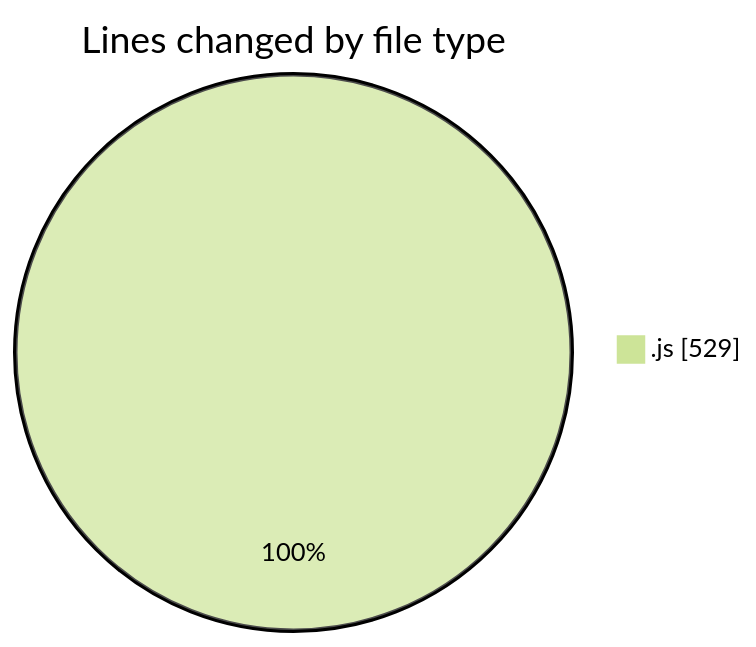
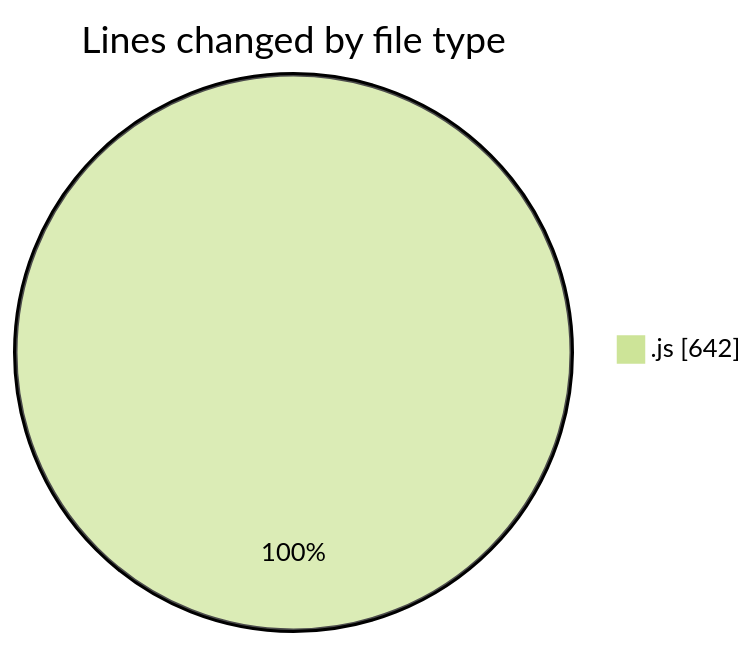
The first of 2 diagrams in 2025-06-19/nxtqube_webapp/README.md (nxtqubesakshisongat/code-tracking), drawn with Mermaid (forest theme) before and after one commit. The commit also changed other lines of this file and 1 other file, not shown here.

````diff
--- a/2025-06-19/nxtqube_webapp/README.md
+++ b/2025-06-19/nxtqube_webapp/README.md
@@ -28,5 +29,5 @@
 ```mermaid
 pie showData
 title Lines changed by file type
-".js" : 529
+".js" : 642
 ```
````
